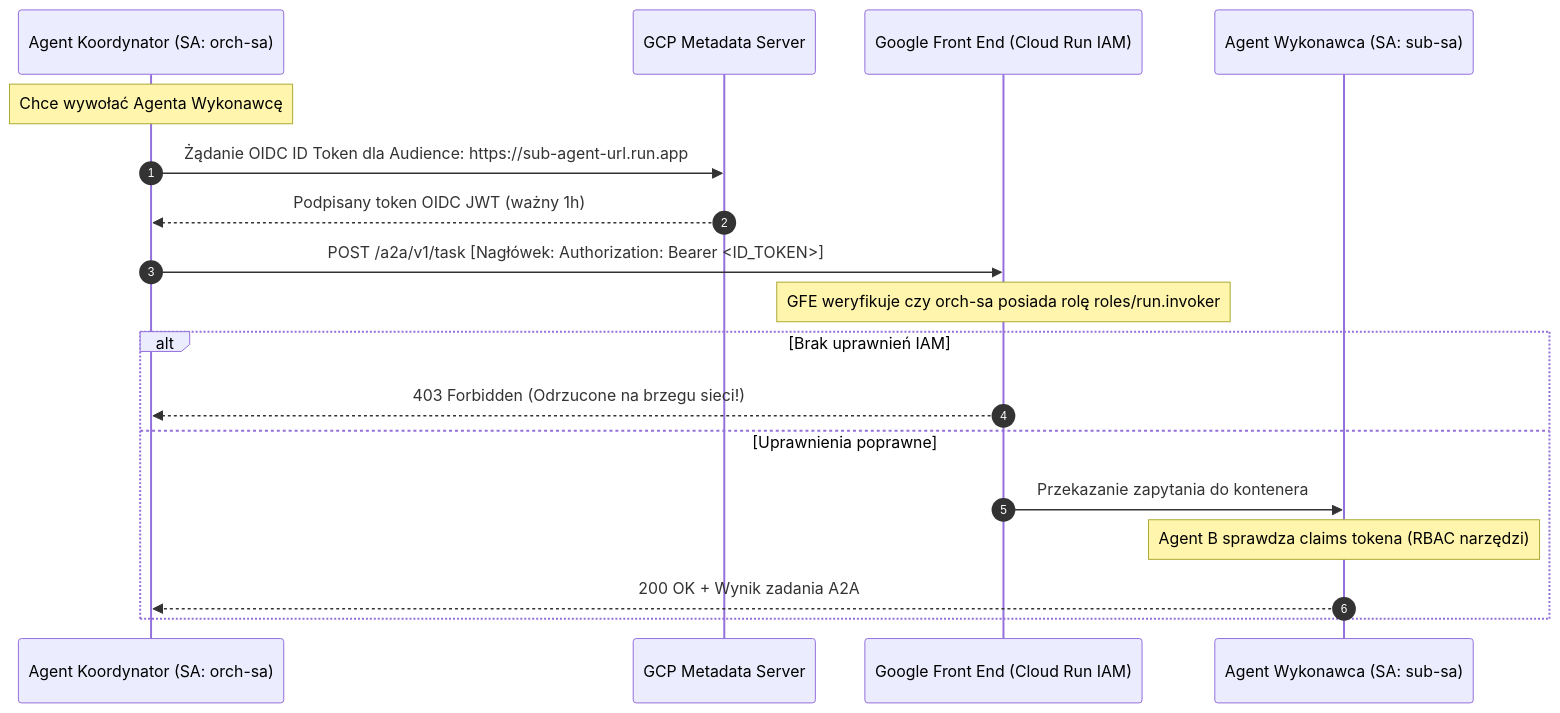
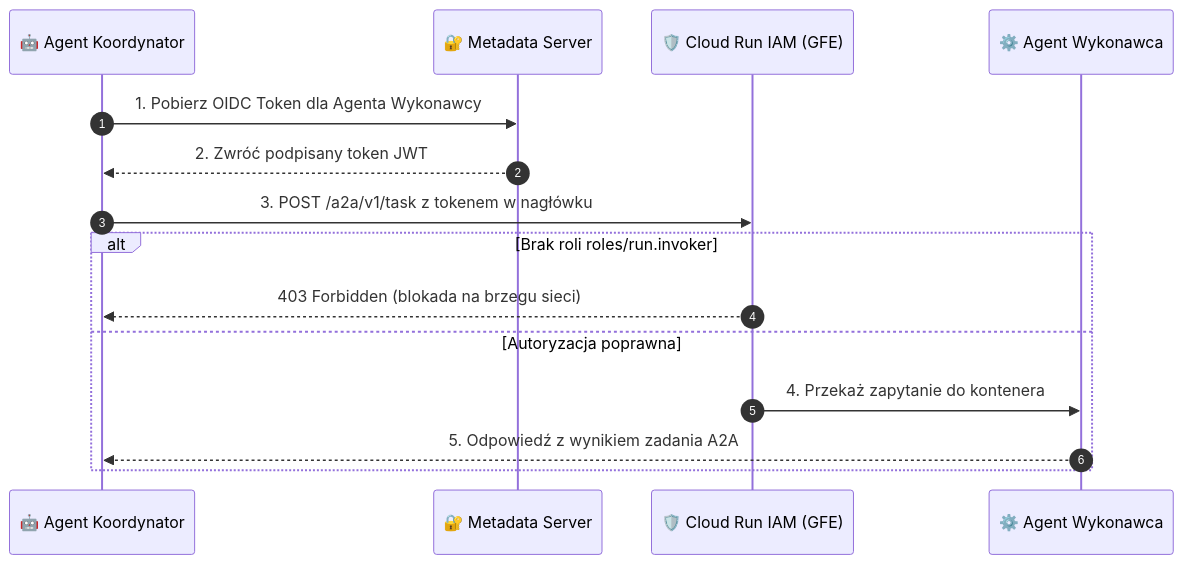
The diagram in docs/public/gcp-course/08-a2a-security-rbac.md (majsterkovic/a2ui), drawn with Mermaid before and after one commit. The commit also changed 9 other files, not shown here.

Commit message:
docs: uproszczenie i poprawa czytelnosci diagramow w calym kursie

````diff
--- a/docs/public/gcp-course/08-a2a-security-rbac.md
+++ b/docs/public/gcp-course/08-a2a-security-rbac.md
@@ -17,23 +17,19 @@
 ```mermaid
 sequenceDiagram
     autonumber
-    participant Orch as Agent Koordynator (SA: orch-sa)
-    participant MS as GCP Metadata Server
-    participant GFE as Google Front End (Cloud Run IAM)
-    participant Sub as Agent Wykonawca (SA: sub-sa)
+    participant Orch as 🤖 Agent Koordynator
+    participant MS as 🔐 Metadata Server
+    participant GFE as 🛡️ Cloud Run IAM (GFE)
+    participant Sub as ⚙️ Agent Wykonawca
 
-    Note over Orch: Chce wywołać Agenta Wykonawcę
-    Orch->>MS: Żądanie OIDC ID Token dla Audience: https://sub-agent-url.run.app
-    MS-->>Orch: Podpisany token OIDC JWT (ważny 1h)
+    Orch->>MS: 1. Pobierz OIDC Token dla Agenta Wykonawcy
+    MS-->>Orch: 2. Zwróć podpisany token JWT
+    Orch->>GFE: 3. POST /a2a/v1/task z tokenem w nagłówku
     
-    Orch->>GFE: POST /a2a/v1/task [Nagłówek: Authorization: Bearer <ID_TOKEN>]
-    Note over GFE: GFE weryfikuje czy orch-sa posiada rolę roles/run.invoker
-    
-    alt Brak uprawnień IAM
-        GFE-->>Orch: 403 Forbidden (Odrzucone na brzegu sieci!)
-    else Uprawnienia poprawne
-        GFE->>Sub: Przekazanie zapytania do kontenera
-        Note over Sub: Agent B sprawdza claims tokena (RBAC narzędzi)
-        Sub-->>Orch: 200 OK + Wynik zadania A2A
+    alt Brak roli roles/run.invoker
+        GFE-->>Orch: 403 Forbidden (blokada na brzegu sieci)
+    else Autoryzacja poprawna
+        GFE->>Sub: 4. Przekaż zapytanie do kontenera
+        Sub-->>Orch: 5. Odpowiedź z wynikiem zadania A2A
     end
 ```
````
